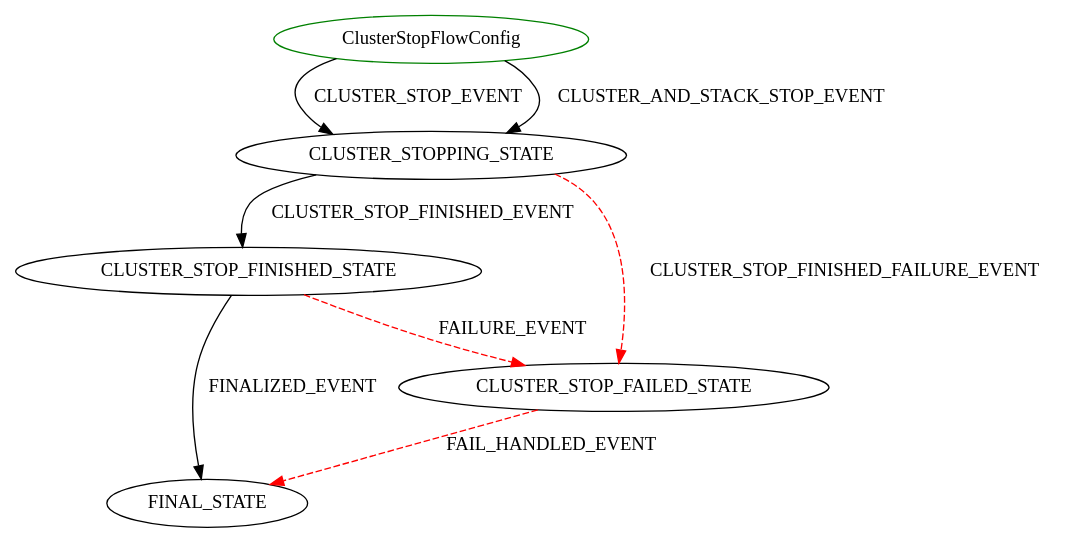
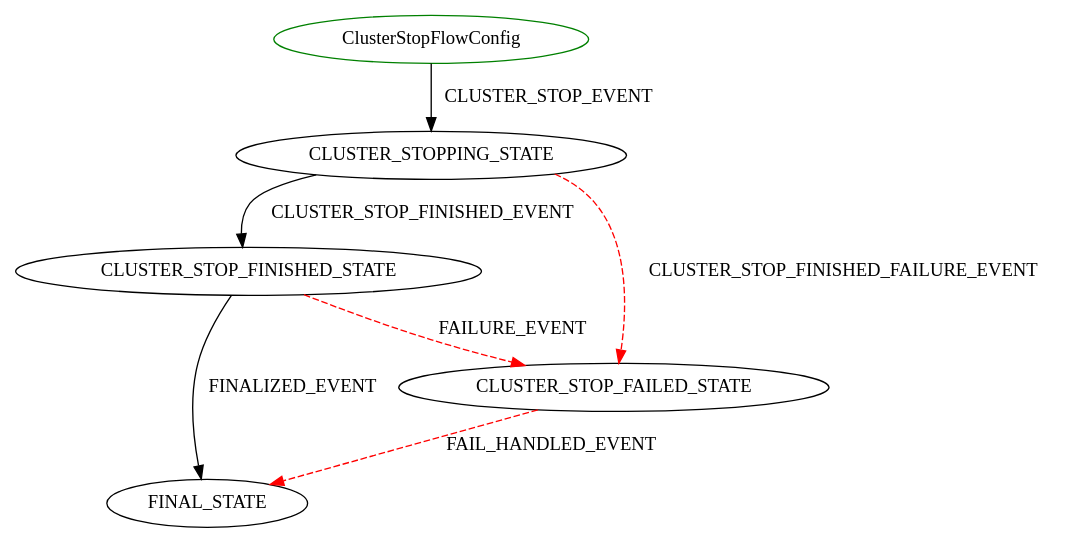
The diagram in latest/diagrams/ClusterStopFlowConfig.dot (hortonworks/cloudbreak-docs), drawn with Graphviz before and after one commit. The commit also changed 49 other files, not shown here.

```diff
--- a/latest/diagrams/ClusterStopFlowConfig.dot
+++ b/latest/diagrams/ClusterStopFlowConfig.dot
@@ -1,10 +1,9 @@
 digraph {
 INIT_STATE [label="ClusterStopFlowConfig" shape=ellipse color=green];
 INIT_STATE -> CLUSTER_STOPPING_STATE [label="CLUSTER_STOP_EVENT" color=black style=solid];
-INIT_STATE -> CLUSTER_STOPPING_STATE [label="CLUSTER_AND_STACK_STOP_EVENT" color=black style=solid];
 CLUSTER_STOPPING_STATE -> CLUSTER_STOP_FINISHED_STATE [label="CLUSTER_STOP_FINISHED_EVENT" color=black style=solid];
 CLUSTER_STOPPING_STATE -> CLUSTER_STOP_FAILED_STATE [label="CLUSTER_STOP_FINISHED_FAILURE_EVENT" color=red style=dashed];
 CLUSTER_STOP_FAILED_STATE -> FINAL_STATE [label="FAIL_HANDLED_EVENT" color=red style=dashed];
 CLUSTER_STOP_FINISHED_STATE -> FINAL_STATE [label="FINALIZED_EVENT" color=black style=solid];
 CLUSTER_STOP_FINISHED_STATE -> CLUSTER_STOP_FAILED_STATE [label="FAILURE_EVENT" color=red style=dashed];
 }
```
